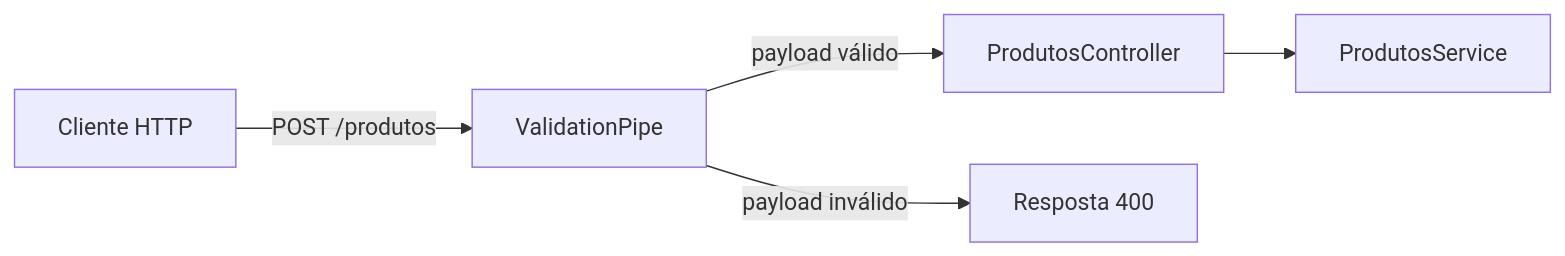
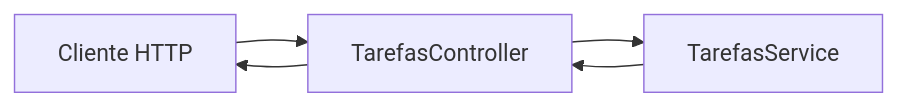
Before and after one commit to luciano-alexandre/desen-web-backend: the diagram in docs/encontros/encontro-07.md, drawn with Mermaid. The commit also changed other lines of this file and 4 other files, not shown here.

````diff
--- a/docs/encontros/encontro-07.md
+++ b/docs/encontros/encontro-07.md
@@ -170,7 +99,7 @@
 ```mermaid
 flowchart LR
-    C[Cliente HTTP] -->|POST /produtos| P[ValidationPipe]
-    P -->|payload válido| CT[ProdutosController]
-    CT --> SV[ProdutosService]
-    P -->|payload inválido| E[Resposta 400]
+    C[Cliente HTTP] --> CT[TarefasController]
+    CT --> SV[TarefasService]
+    SV --> CT
+    CT --> C
 ```
````
